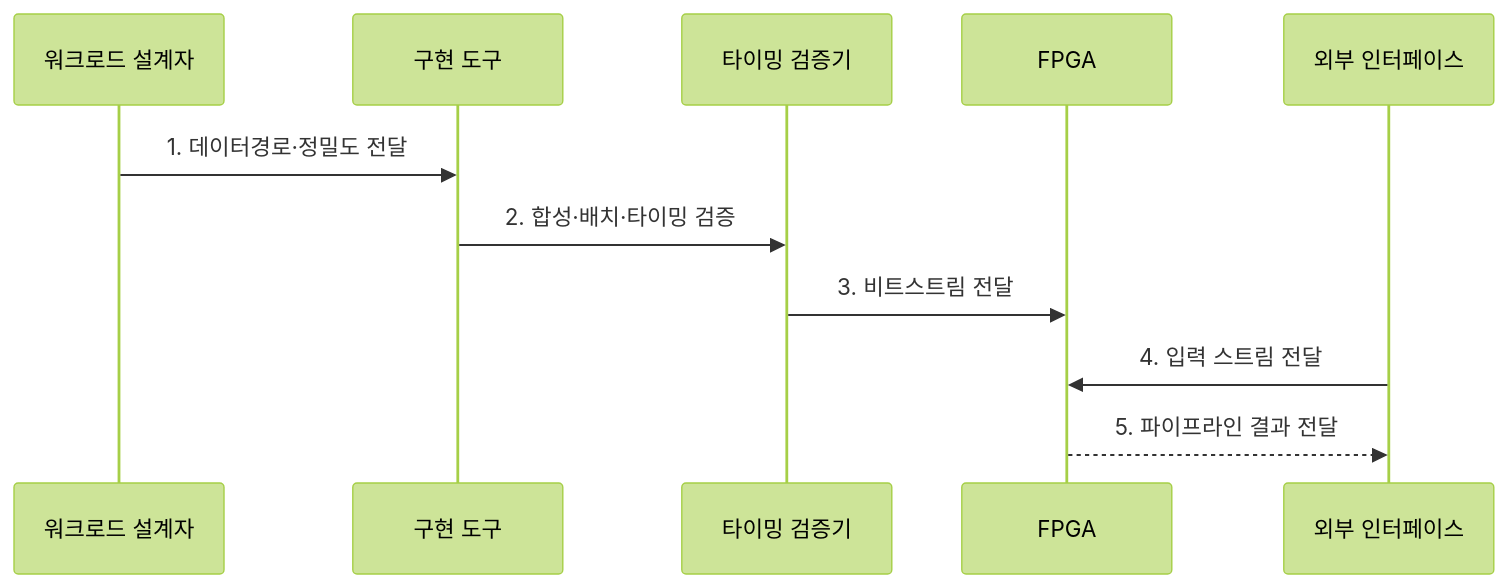
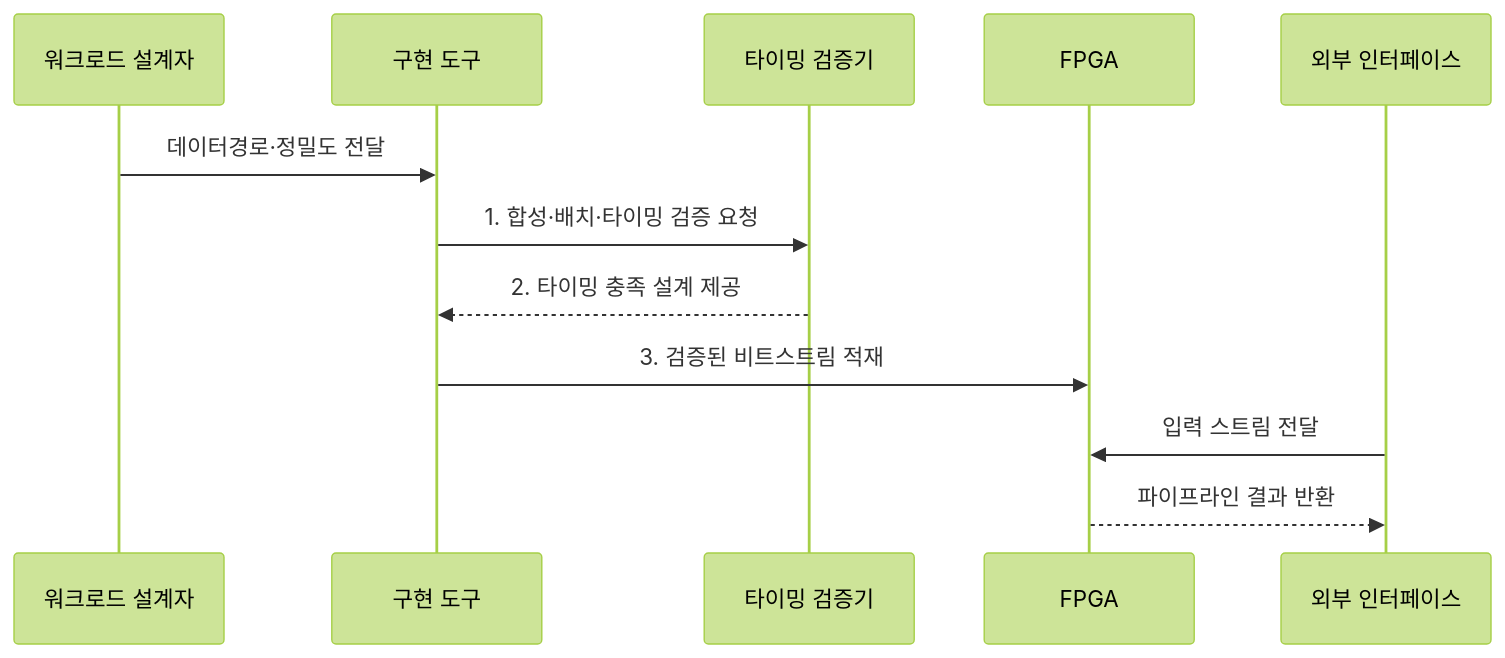
Before and after one commit to agnusdei1207/knowledge-base: the second of 2 diagrams in src/content/docs/notes/08-latest-tech/143_fpga_ai_acceleration.md, drawn with Mermaid (forest theme). The commit also changed other lines of this file and 225 other files, not shown here.

````diff
--- a/src/content/docs/notes/08-latest-tech/143_fpga_ai_acceleration.md
+++ b/src/content/docs/notes/08-latest-tech/143_fpga_ai_acceleration.md
@@ -80,13 +80,14 @@
 ```mermaid
 sequenceDiagram
     participant W as 워크로드 설계자
     participant T as 구현 도구
     participant V as 타이밍 검증기
     participant F as FPGA
     participant I as 외부 인터페이스
-    W->>T: 1. 데이터경로·정밀도 전달
-    T->>V: 2. 합성·배치·타이밍 검증
-    V->>F: 3. 비트스트림 전달
-    I->>F: 4. 입력 스트림 전달
-    F-->>I: 5. 파이프라인 결과 전달
+    W->>T: 데이터경로·정밀도 전달
+    T->>V: 1. 합성·배치·타이밍 검증 요청
+    V-->>T: 2. 타이밍 충족 설계 제공
+    T->>F: 3. 검증된 비트스트림 적재
+    I->>F: 입력 스트림 전달
+    F-->>I: 파이프라인 결과 반환
 ```
````
